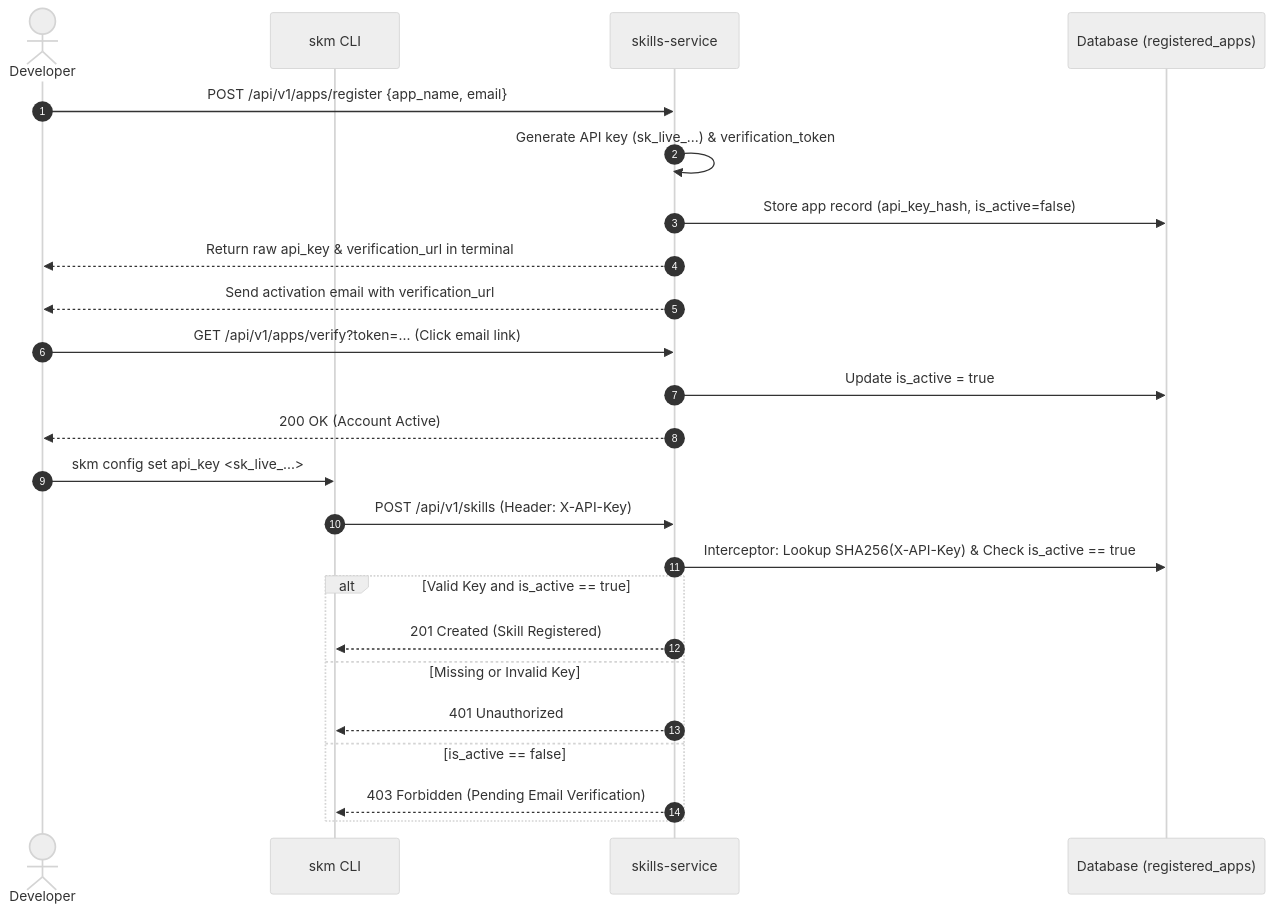
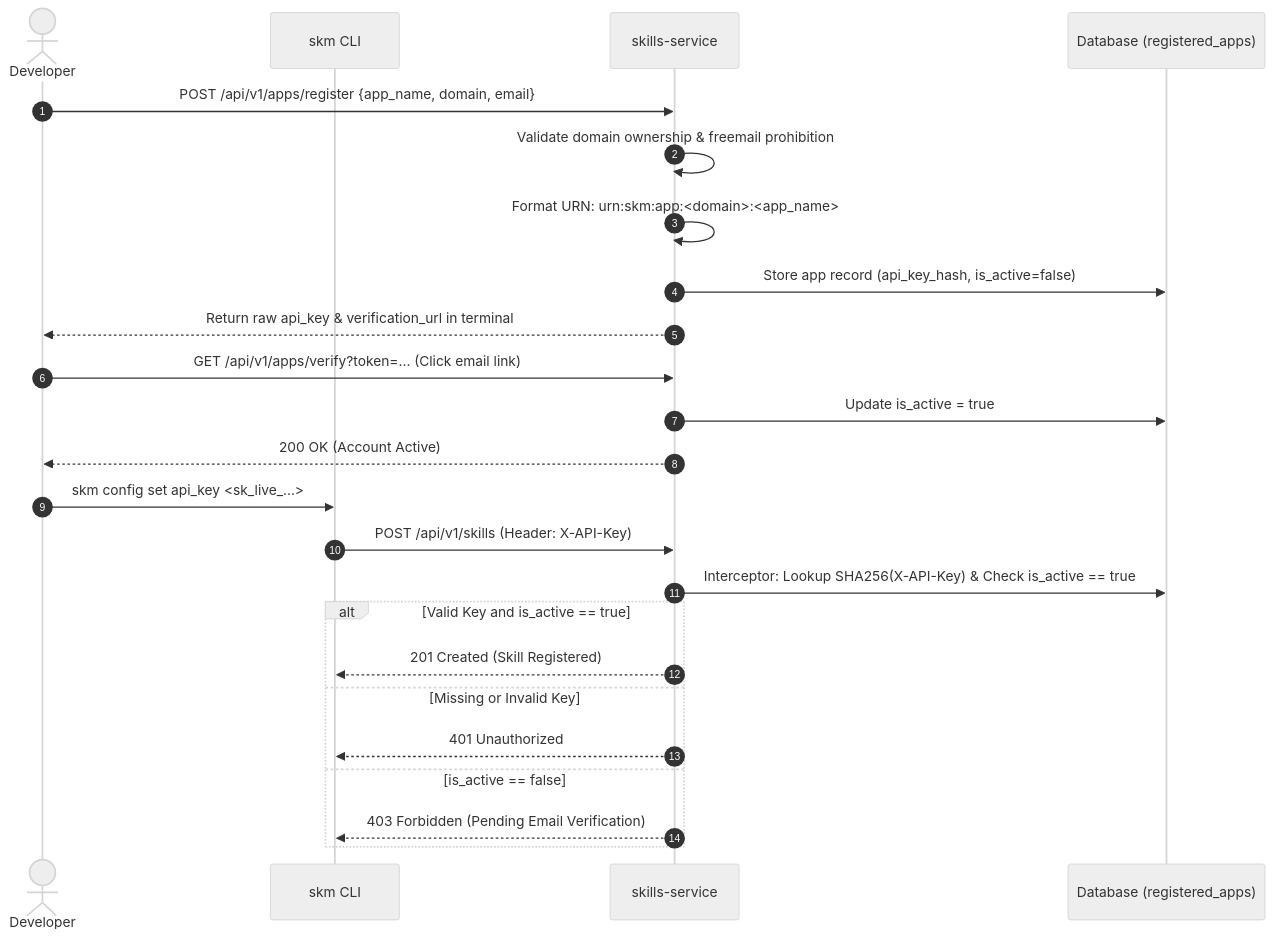
Before and after one commit to retail-cortex/skills: the first of 2 diagrams in docs/content/cli/app_registration.md, drawn with Mermaid (neutral theme). The commit also changed other lines of this file and 18 other files, not shown here.

````diff
--- a/docs/content/cli/app_registration.md
+++ b/docs/content/cli/app_registration.md
@@ -101,29 +121,29 @@
 ```mermaid
 sequenceDiagram
     autonumber
     actor Dev as Developer
     participant CLI as skm CLI
     participant Server as skills-service
     participant DB as Database (registered_apps)
 
-    Dev->>Server: POST /api/v1/apps/register {app_name, email}
-    Server->>Server: Generate API key (sk_live_...) & verification_token
+    Dev->>Server: POST /api/v1/apps/register {app_name, domain, email}
+    Server->>Server: Validate domain ownership & freemail prohibition
+    Server->>Server: Format URN: urn:skm:app:<domain>:<app_name>
     Server->>DB: Store app record (api_key_hash, is_active=false)
     Server-->>Dev: Return raw api_key & verification_url in terminal
-    Server-->>Dev: Send activation email with verification_url
 
     Dev->>Server: GET /api/v1/apps/verify?token=... (Click email link)
     Server->>DB: Update is_active = true
     Server-->>Dev: 200 OK (Account Active)
 
     Dev->>CLI: skm config set api_key <sk_live_...>
     CLI->>Server: POST /api/v1/skills (Header: X-API-Key)
     Server->>DB: Interceptor: Lookup SHA256(X-API-Key) & Check is_active == true
     alt Valid Key and is_active == true
         Server-->>CLI: 201 Created (Skill Registered)
     else Missing or Invalid Key
         Server-->>CLI: 401 Unauthorized
     else is_active == false
         Server-->>CLI: 403 Forbidden (Pending Email Verification)
     end
 ```
````
